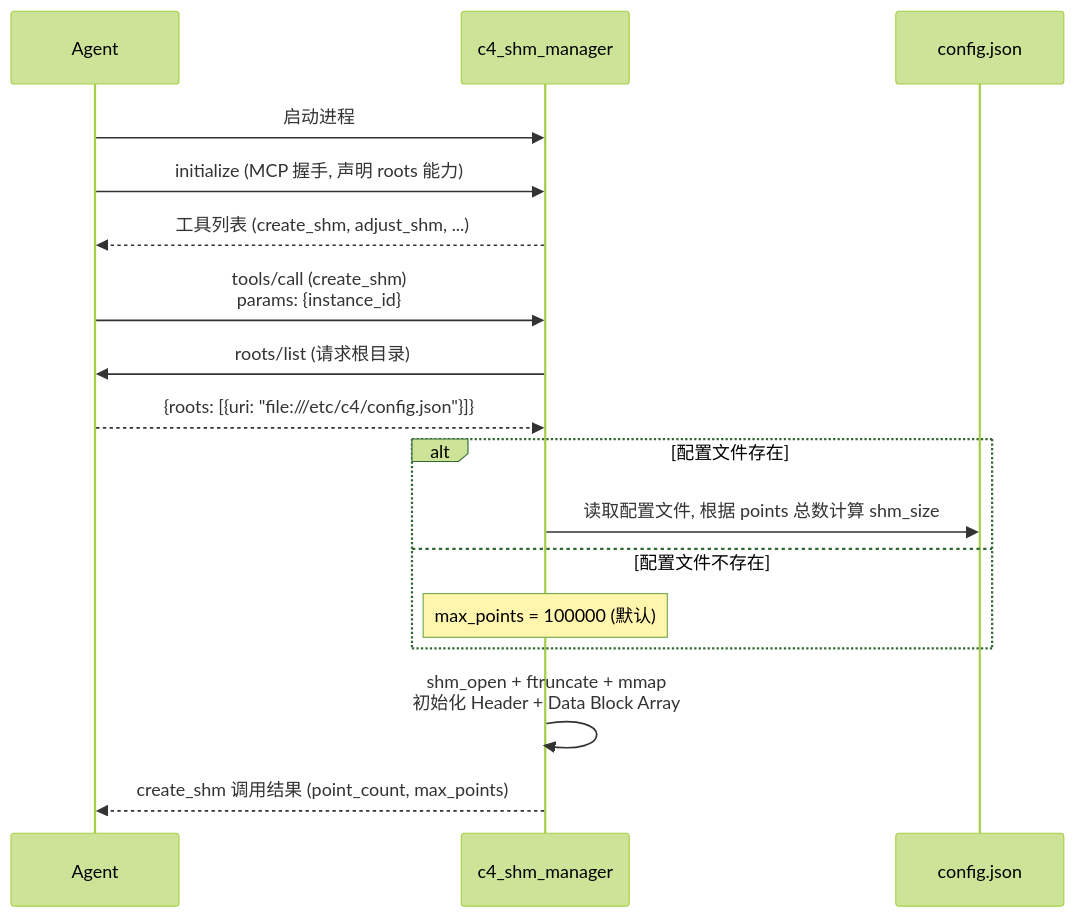
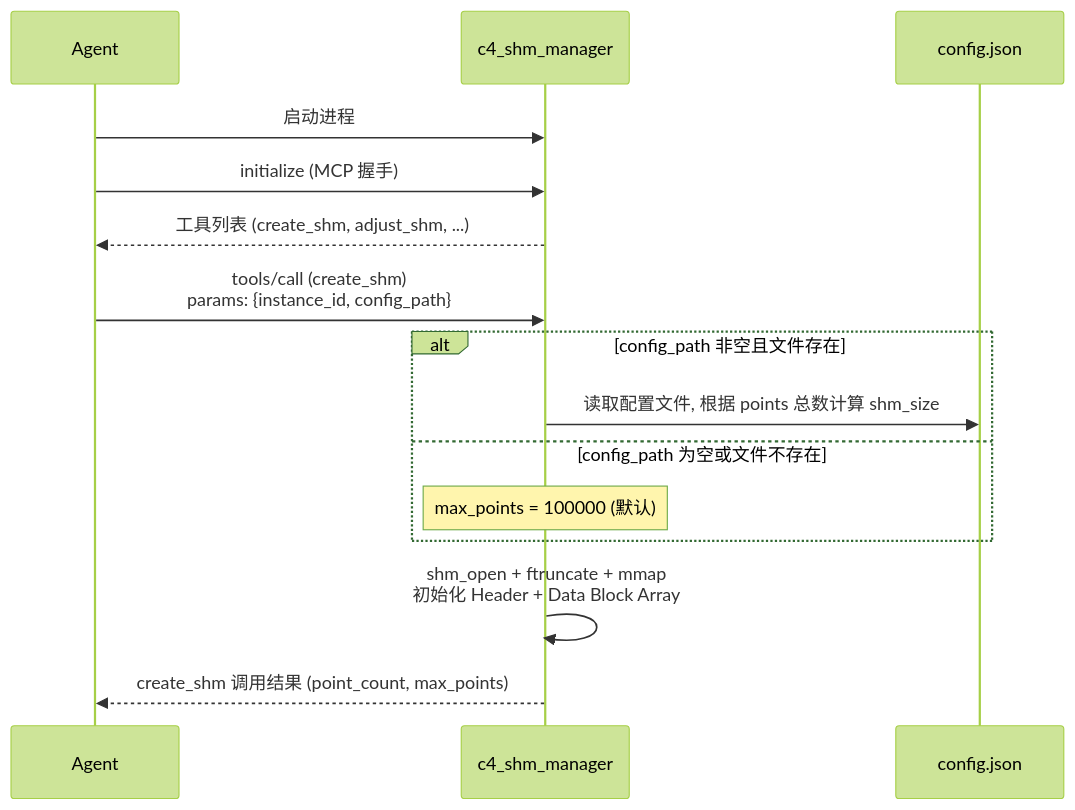
The third of 9 diagrams in docs/design/c4_shm_manager.md (activesys/c4), drawn with Mermaid (forest theme) before and after one commit. The commit also changed other lines of this file and 14 other files, not shown here.

````diff
--- a/docs/design/c4_shm_manager.md
+++ b/docs/design/c4_shm_manager.md
@@ -465,22 +463,20 @@
 ```mermaid
 sequenceDiagram
     participant A as Agent
     participant S as c4_shm_manager
     participant FS as config.json
 
     A->>S: 启动进程
-    A->>S: initialize (MCP 握手, 声明 roots 能力)
+    A->>S: initialize (MCP 握手)
     S-->>A: 工具列表 (create_shm, adjust_shm, ...)
 
-    A->>S: tools/call (create_shm)<br/>params: {instance_id}
-    S->>A: roots/list (请求根目录)
-    A-->>S: {roots: [{uri: "file:///etc/c4/config.json"}]}
+    A->>S: tools/call (create_shm)<br/>params: {instance_id, config_path}
 
-    alt 配置文件存在
+    alt config_path 非空且文件存在
         S->>FS: 读取配置文件, 根据 points 总数计算 shm_size
-    else 配置文件不存在
+    else config_path 为空或文件不存在
         Note over S: max_points = 100000 (默认)
     end
     S->>S: shm_open + ftruncate + mmap<br/>初始化 Header + Data Block Array
     S-->>A: create_shm 调用结果 (point_count, max_points)
 ```
````
